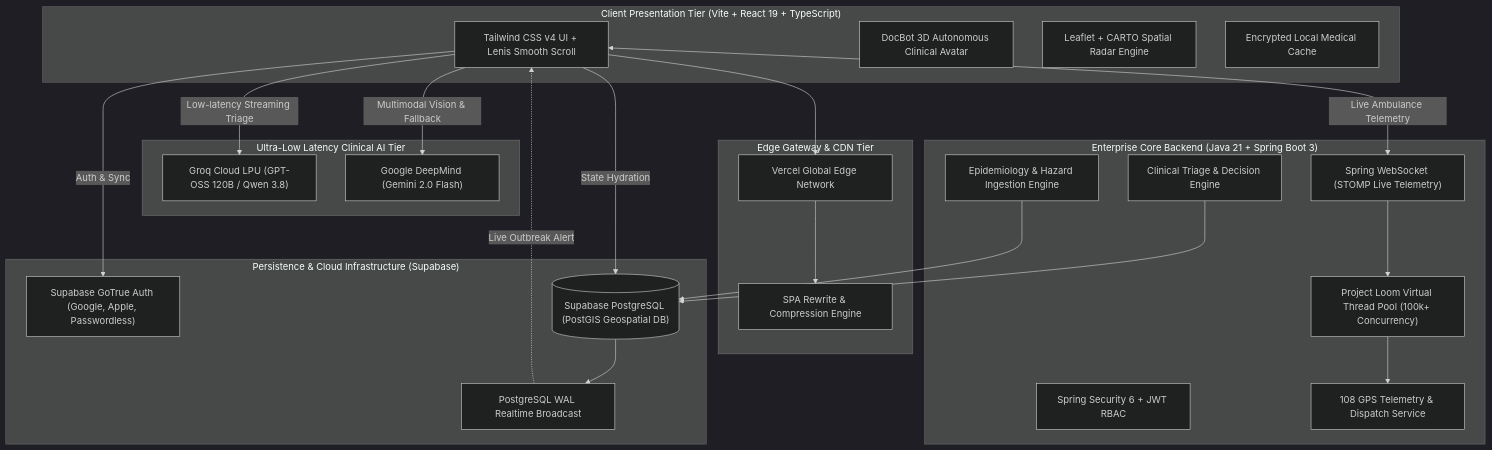
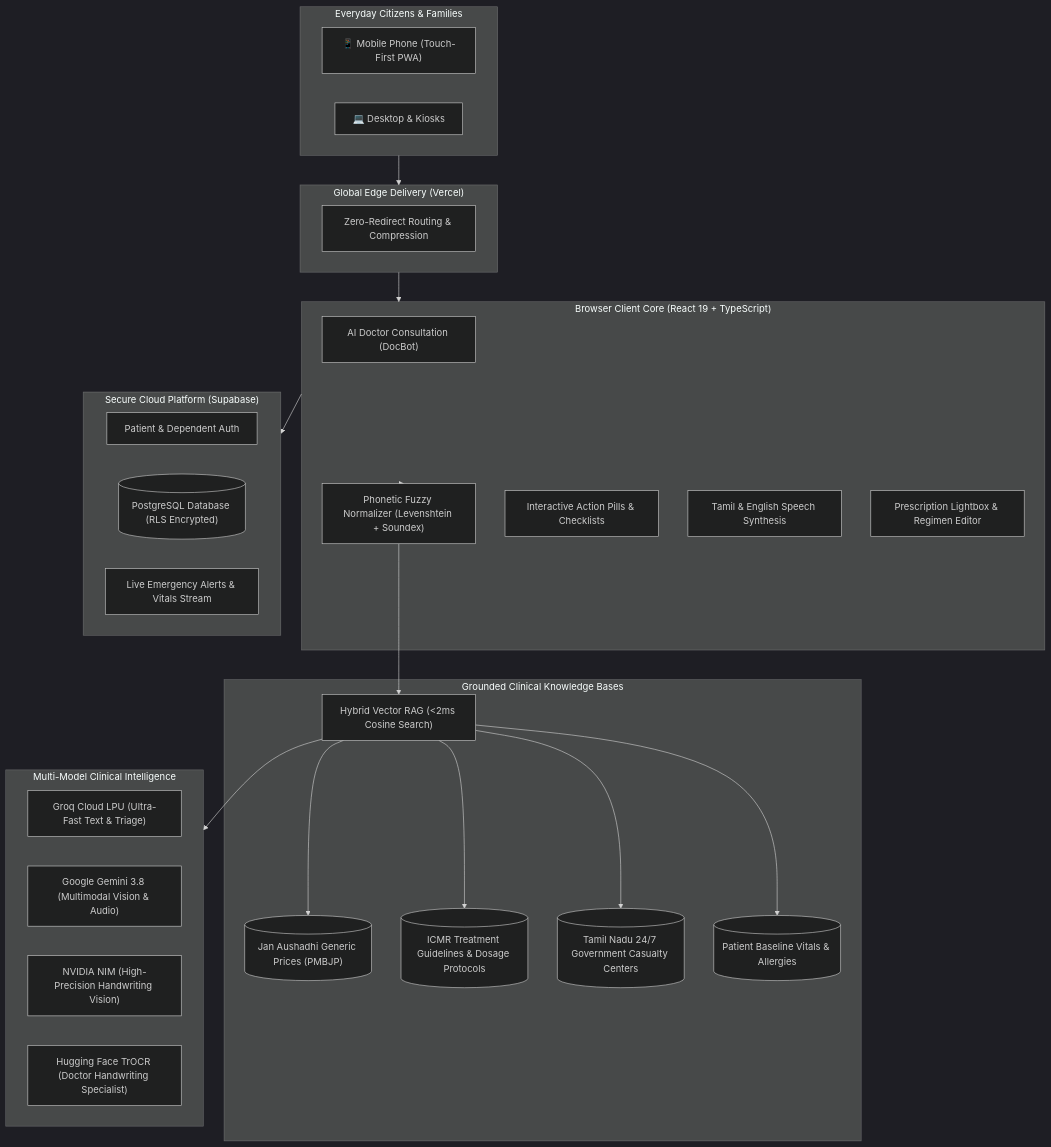
The first of 2 diagrams in README.md (NullErrOR-404/Health-Grid), drawn with Mermaid (dark theme) before and after one commit. The commit also changed other lines of this file and 1 other file, not shown here.

Commit message:
docs(readme): overhaul repository documentation with plain-language architecture, pain point solutions, and ADR-024 index

````diff
--- a/README.md
+++ b/README.md
@@ -76,48 +66,46 @@
 ```mermaid
 flowchart TB
-    subgraph Client ["Client Presentation Tier (Vite + React 19 + TypeScript)"]
-        UI["Tailwind CSS v4 UI + Lenis Smooth Scroll"]
-        Mascot["DocBot 3D Autonomous Clinical Avatar"]
-        GIS["Leaflet + CARTO Spatial Radar Engine"]
-        Vault["Encrypted Local Medical Cache"]
+    subgraph Users [" Everyday Citizens & Families "]
+        Mobile["📱 Mobile Phone (Touch-First PWA)"]
+        Desktop["💻 Desktop & Kiosks"]
     end
 
-    subgraph CDN ["Edge Gateway & CDN Tier"]
-        Vercel["Vercel Global Edge Network"]
-        SPA["SPA Rewrite & Compression Engine"]
+    subgraph Edge [" Global Edge Delivery (Vercel) "]
+        Router["Zero-Redirect Routing & Compression"]
     end
 
-    subgraph AI_Inference ["Ultra-Low Latency Clinical AI Tier"]
-        Groq["Groq Cloud LPU (GPT-OSS 120B / Qwen 3.8)"]
-        Gemini["Google DeepMind (Gemini 2.0 Flash)"]
+    subgraph ClientCore [" Browser Client Core (React 19 + TypeScript) "]
+        Chat["AI Doctor Consultation (DocBot)"]
+        Fuzzy["Phonetic Fuzzy Normalizer (Levenshtein + Soundex)"]
+        InteractivePills["Interactive Action Pills & Checklists"]
+        Audio["Tamil & English Speech Synthesis"]
+        VisionViewer["Prescription Lightbox & Regimen Editor"]
     end
 
-    subgraph Backend_Tier ["Enterprise Core Backend (Java 21 + Spring Boot 3)"]
-        SpringWS["Spring WebSocket (STOMP Live Telemetry)"]
-        Security["Spring Security 6 + JWT RBAC"]
-        Loom["Project Loom Virtual Thread Pool (100k+ Concurrency)"]
-        TriageAPI["Clinical Triage & Decision Engine"]
-        AmbulanceAPI["108 GPS Telemetry & Dispatch Service"]
-        OutbreakAPI["Epidemiology & Hazard Ingestion Engine"]
+    subgraph KnowledgeTier [" Grounded Clinical Knowledge Bases "]
+        RAG["Hybrid Vector RAG (<2ms Cosine Search)"]
+        PMBJP[("Jan Aushadhi Generic Prices (PMBJP)")]
+        ICMR[("ICMR Treatment Guidelines & Dosage Protocols")]
+        Casualty[("Tamil Nadu 24/7 Government Casualty Centers")]
+        Vault[("Patient Baseline Vitals & Allergies")]
     end
 
-    subgraph Data_Tier ["Persistence & Cloud Infrastructure (Supabase)"]
-        Auth["Supabase GoTrue Auth (Google, Apple, Passwordless)"]
-        Postgres[("Supabase PostgreSQL (PostGIS Geospatial DB)")]
-        Realtime["PostgreSQL WAL Realtime Broadcast"]
+    subgraph AICascade [" Multi-Model Clinical Intelligence "]
+        Groq["Groq Cloud LPU (Ultra-Fast Text & Triage)"]
+        Gemini["Google Gemini 3.8 (Multimodal Vision & Audio)"]
+        Nvidia["NVIDIA NIM (High-Precision Handwriting Vision)"]
+        HF["Hugging Face TrOCR (Doctor Handwriting Specialist)"]
     end
 
-    UI --> Vercel
-    Vercel --> SPA
-    UI -->|Low-latency Streaming Triage| Groq
-    UI -->|Multimodal Vision & Fallback| Gemini
-    UI -->|Auth & Sync| Auth
-    UI -->|State Hydration| Postgres
-    UI <-->|Live Ambulance Telemetry| SpringWS
-    SpringWS --> Loom
-    Loom --> AmbulanceAPI
-    TriageAPI --> Postgres
-    OutbreakAPI --> Postgres
-    Postgres --> Realtime
-    Realtime -.->|Live Outbreak Alert| UI
+    subgraph DatabaseTier [" Secure Cloud Platform (Supabase) "]
+        Auth["Patient & Dependent Auth"]
+        Postgres[("PostgreSQL Database (RLS Encrypted)")]
+        Realtime["Live Emergency Alerts & Vitals Stream"]
+    end
+
+    Users --> Edge --> ClientCore
+    ClientCore --> Fuzzy --> RAG
+    RAG --> PMBJP & ICMR & Casualty & Vault
+    RAG --> AICascade
+    ClientCore --> DatabaseTier
 ```
````
